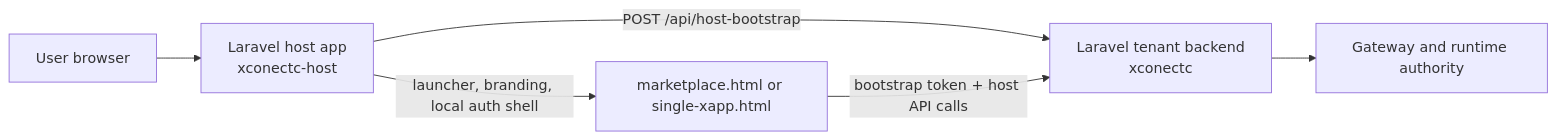
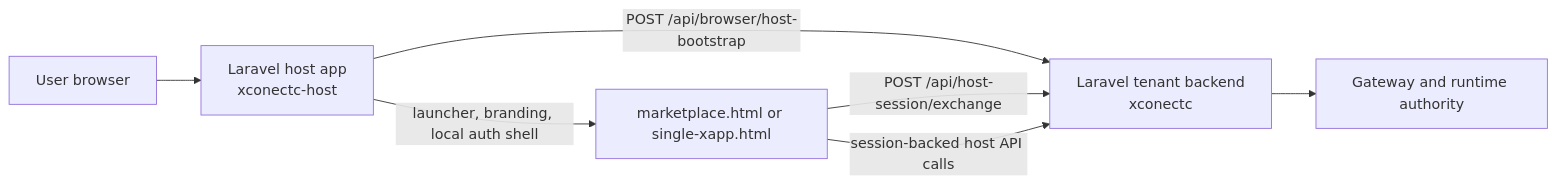
One commit to 0x730/xapps-examples changed the diagram in apps/tenants/xconectc-host/README.md. Above: the diagram before and after it, drawn with Mermaid. The commit also changed other lines of this file and 88 other files, not shown here.

````diff
--- a/apps/tenants/xconectc-host/README.md
+++ b/apps/tenants/xconectc-host/README.md
@@ -37,8 +37,9 @@
 ```mermaid
 flowchart LR
   U[User browser] --> H[Laravel host app<br/>xconectc-host]
   H -->|launcher, branding, local auth shell| P[marketplace.html or single-xapp.html]
-  H -->|POST /api/host-bootstrap| T[Laravel tenant backend<br/>xconectc]
-  P -->|bootstrap token + host API calls| T
+  H -->|POST /api/browser/host-bootstrap| T[Laravel tenant backend<br/>xconectc]
+  P -->|POST /api/host-session/exchange| T
+  P -->|session-backed host API calls| T
   T --> G[Gateway and runtime authority]
 ```
````
